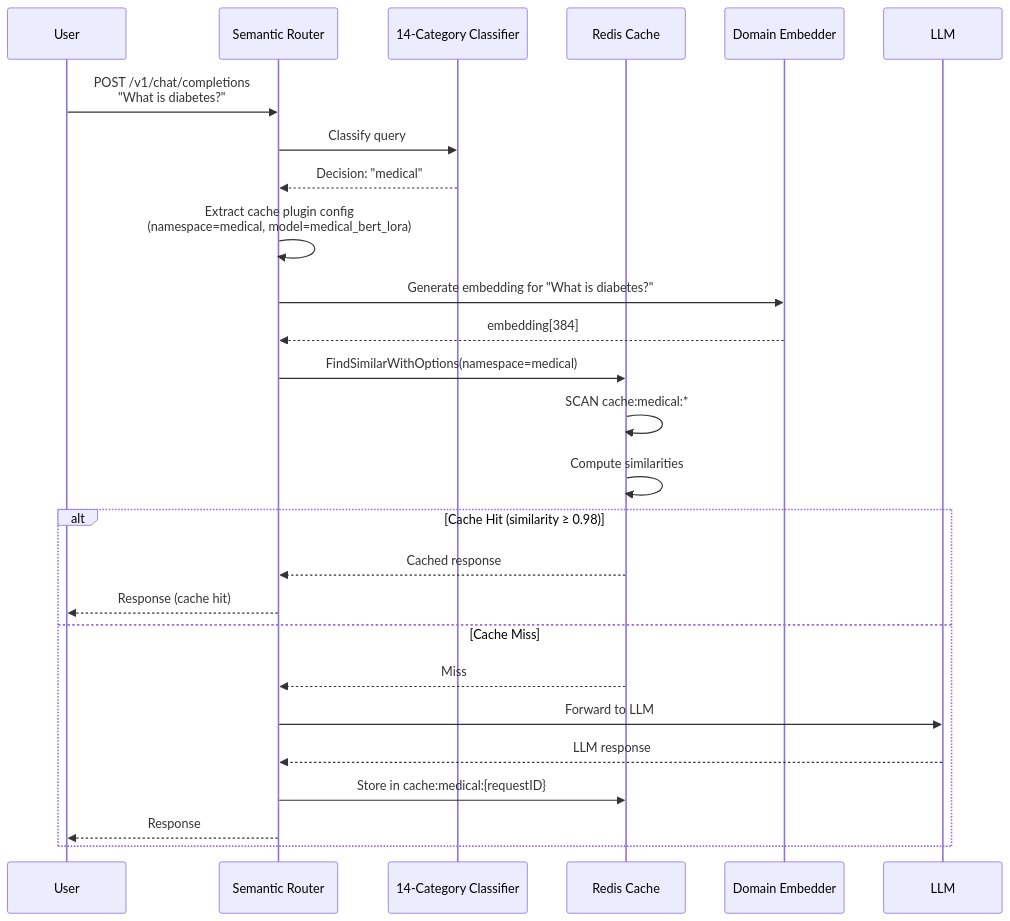
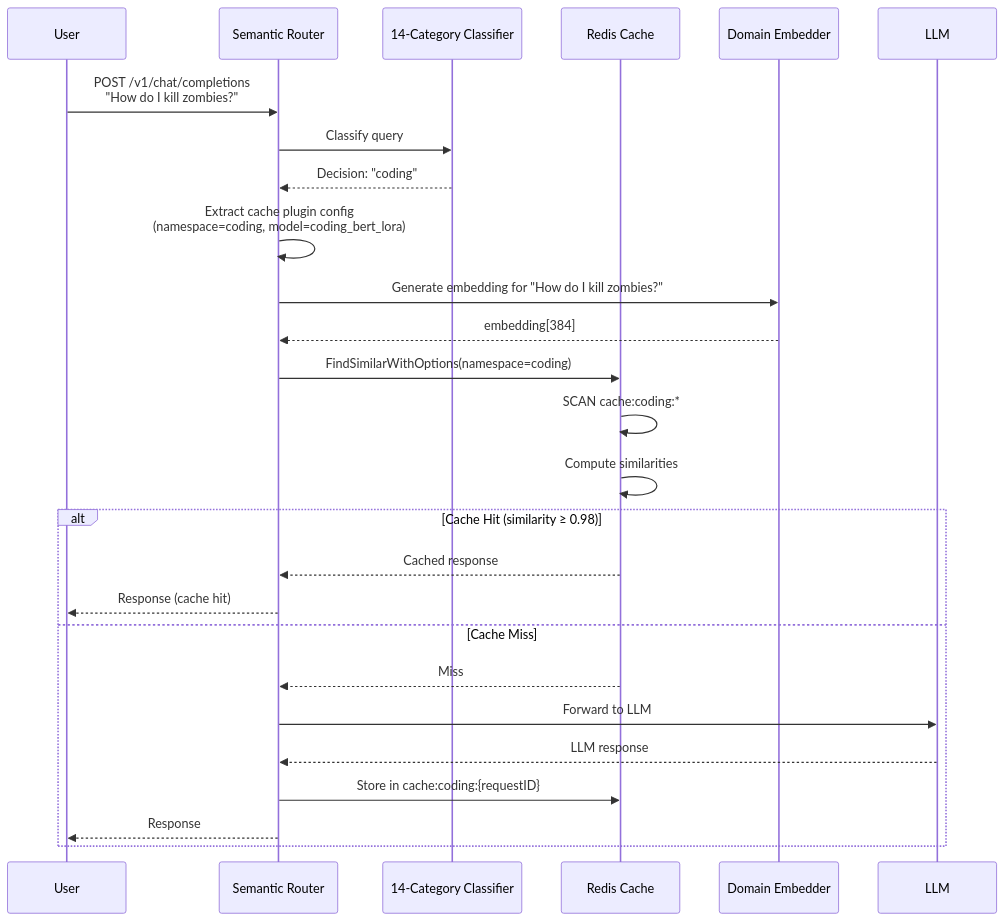
One commit to yossiovadia/semantic-router changed the diagram in docs/domain-specific-cache-design.md. Above: the diagram before and after it, drawn with Mermaid. The commit also changed other lines of this file, not shown here.

First line of the commit message:
docs: update POC domain from medical to coding (zombie process example)

````diff
--- a/docs/domain-specific-cache-design.md
+++ b/docs/domain-specific-cache-design.md
@@ -118,30 +119,30 @@
 ```mermaid
 sequenceDiagram
     participant User
     participant Router as Semantic Router
     participant Classifier as 14-Category Classifier
     participant Cache as Redis Cache
     participant Embedder as Domain Embedder
     participant LLM
 
-    User->>Router: POST /v1/chat/completions<br/>"What is diabetes?"
+    User->>Router: POST /v1/chat/completions<br/>"How do I kill zombies?"
     Router->>Classifier: Classify query
-    Classifier-->>Router: Decision: "medical"
-    Router->>Router: Extract cache plugin config<br/>(namespace=medical, model=medical_bert_lora)
-    Router->>Embedder: Generate embedding for "What is diabetes?"
+    Classifier-->>Router: Decision: "coding"
+    Router->>Router: Extract cache plugin config<br/>(namespace=coding, model=coding_bert_lora)
+    Router->>Embedder: Generate embedding for "How do I kill zombies?"
     Embedder-->>Router: embedding[384]
-    Router->>Cache: FindSimilarWithOptions(namespace=medical)
-    Cache->>Cache: SCAN cache:medical:*
+    Router->>Cache: FindSimilarWithOptions(namespace=coding)
+    Cache->>Cache: SCAN cache:coding:*
     Cache->>Cache: Compute similarities
 
     alt Cache Hit (similarity ≥ 0.98)
         Cache-->>Router: Cached response
         Router-->>User: Response (cache hit)
     else Cache Miss
         Cache-->>Router: Miss
         Router->>LLM: Forward to LLM
         LLM-->>Router: LLM response
-        Router->>Cache: Store in cache:medical:{requestID}
+        Router->>Cache: Store in cache:coding:{requestID}
         Router-->>User: Response
     end
 ```
````
